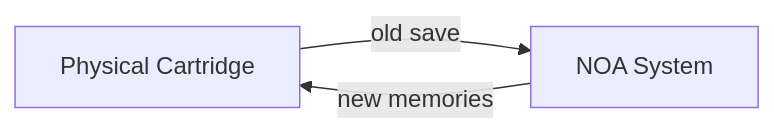
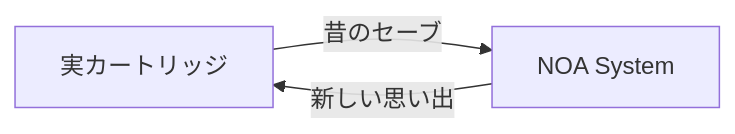
The second of 2 diagrams in devlog/0017-write-the-future-back.md (microom/NOA-System), drawn with Mermaid before and after one commit. The commit also changed other lines of this file, not shown here.

Commit message:
Localize Devlog #17 diagrams

````diff
--- a/devlog/0017-write-the-future-back.md
+++ b/devlog/0017-write-the-future-back.md
@@ -145,5 +145,5 @@
 ```mermaid
 flowchart LR
-    A[Physical Cartridge] -->|old save| B[NOA System]
-    B -->|new memories| A
+    A[実カートリッジ] -->|昔のセーブ| B[NOA System]
+    B -->|新しい思い出| A
 ```
````
